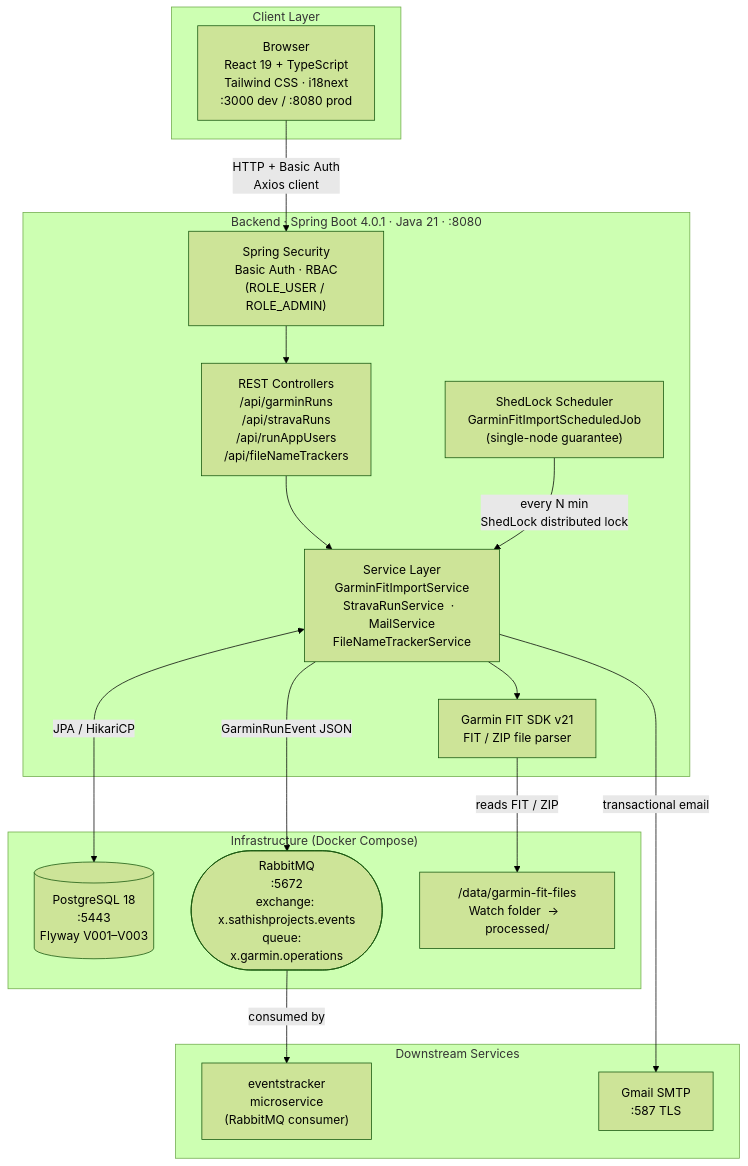
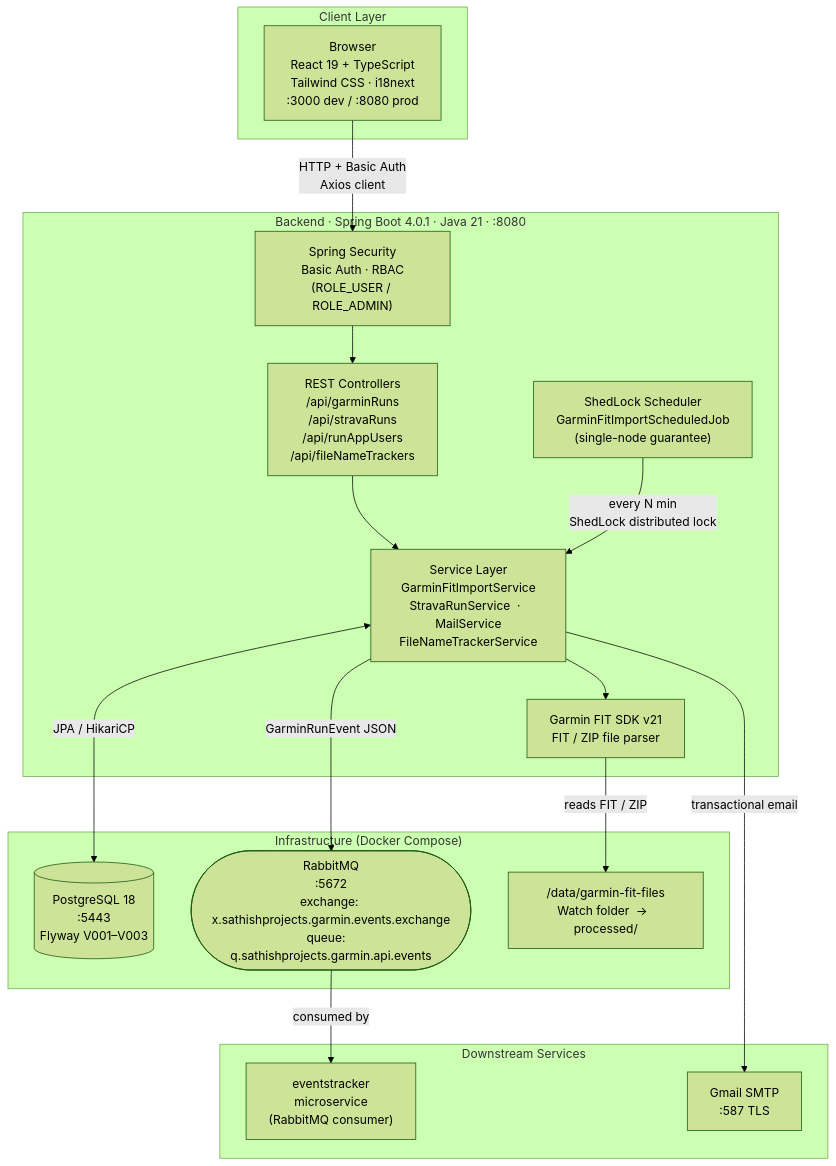
One commit to sathishjayapal/runs-app changed the first of 2 diagrams in README.md. Above: the diagram before and after it, drawn with Mermaid (forest theme). The commit also changed 7 other files, not shown here.

Commit message:
Refactor RabbitMQ configuration and update event routing keys for GitHub and Garmin

````diff
--- a/README.md
+++ b/README.md
@@ -34,36 +34,36 @@
 ```mermaid
 graph TB
     subgraph client["Client Layer"]
         BROWSER["Browser\nReact 19 + TypeScript\nTailwind CSS · i18next\n:3000 dev / :8080 prod"]
     end
 
     subgraph backend["Backend  ·  Spring Boot 4.0.1  ·  Java 21  ·  :8080"]
         SEC["Spring Security\nBasic Auth · RBAC\n(ROLE_USER / ROLE_ADMIN)"]
         API["REST Controllers\n/api/garminRuns\n/api/stravaRuns\n/api/runAppUsers\n/api/fileNameTrackers"]
         SVC["Service Layer\nGarminFitImportService\nStravaRunService  ·  MailService\nFileNameTrackerService"]
         SCHED["ShedLock Scheduler\nGarminFitImportScheduledJob\n(single-node guarantee)"]
         SDK["Garmin FIT SDK v21\nFIT / ZIP file parser"]
     end
 
     subgraph infra["Infrastructure  (Docker Compose)"]
         DB[("PostgreSQL 18\n:5443\nFlyway V001–V003")]
-        MQ(["RabbitMQ\n:5672\nexchange: x.sathishprojects.events\nqueue:   x.garmin.operations"])
+        MQ(["RabbitMQ\n:5672\nexchange: x.sathishprojects.garmin.events.exchange\nqueue:   q.sathishprojects.garmin.api.events"])
         FS["/data/garmin-fit-files\nWatch folder  →  processed/"]
     end
 
     subgraph downstream["Downstream Services"]
         EVT["eventstracker\nmicroservice\n(RabbitMQ consumer)"]
         SMTP["Gmail SMTP\n:587 TLS"]
     end
 
     BROWSER -->|"HTTP + Basic Auth\nAxios client"| SEC
     SEC --> API
     API --> SVC
     SVC <-->|"JPA / HikariCP"| DB
     SCHED -->|"every N min\nShedLock distributed lock"| SVC
     SVC --> SDK
     SDK -->|"reads FIT / ZIP"| FS
     SVC -->|"GarminRunEvent JSON"| MQ
     MQ -->|"consumed by"| EVT
     SVC -->|"transactional email"| SMTP
 ```
````
